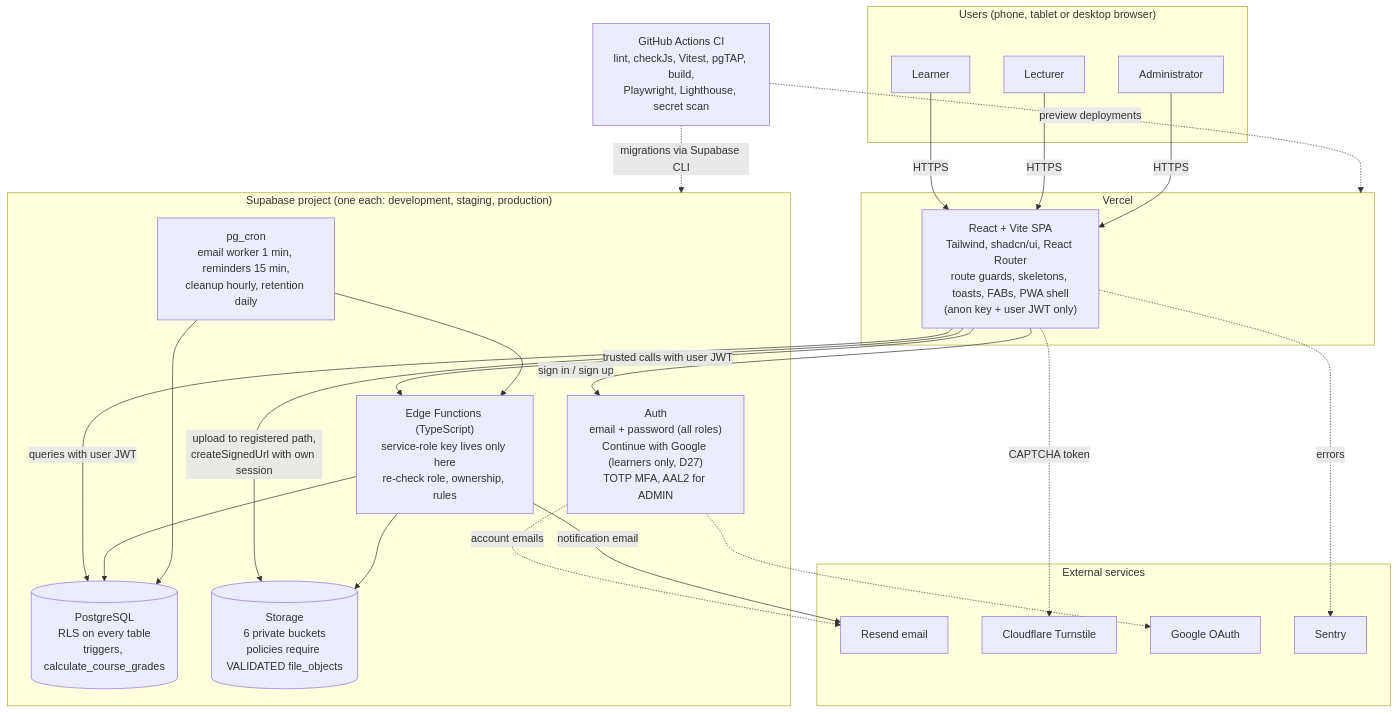
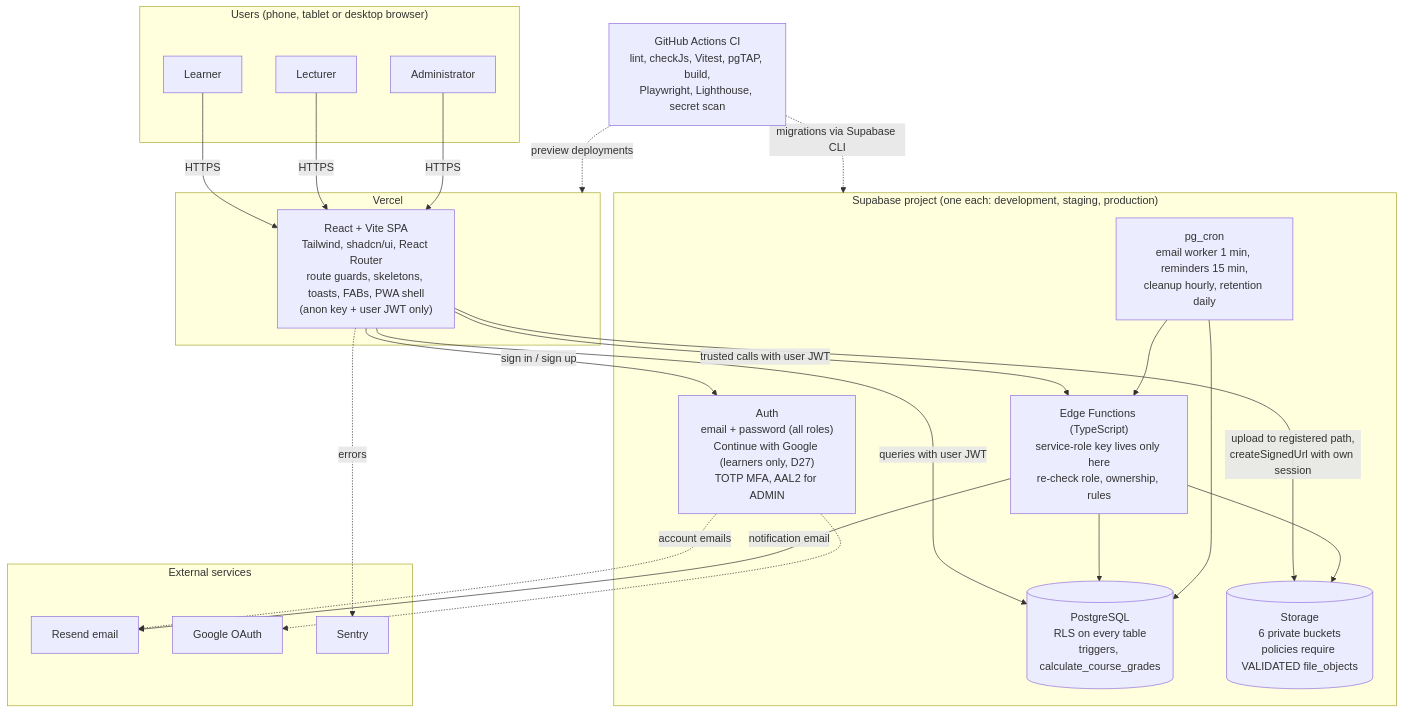
One commit to princebjr/ddtc-lms- changed the first of 2 diagrams in docs/architecture/01-system-context.md. Above: the diagram before and after it, drawn with Mermaid. The commit also changed 12 other files, not shown here.

Commit message:
feat: remove Cloudflare Turnstile CAPTCHA from sign-up, sign-in and recovery (owner change to D22, 2026-11-05); staging CAPTCHA off; rate limits remain

````diff
--- a/docs/architecture/01-system-context.md
+++ b/docs/architecture/01-system-context.md
@@ -5,46 +5,44 @@
 ```mermaid
 flowchart TB
   subgraph Users["Users (phone, tablet or desktop browser)"]
     L[Learner]
     T[Lecturer]
     A[Administrator]
   end
 
   subgraph Vercel["Vercel"]
     FE["React + Vite SPA<br/>Tailwind, shadcn/ui, React Router<br/>route guards, skeletons, toasts, FABs, PWA shell<br/>(anon key + user JWT only)"]
   end
 
   subgraph Supabase["Supabase project (one each: development, staging, production)"]
     AUTH["Auth<br/>email + password (all roles)<br/>Continue with Google (learners only, D27)<br/>TOTP MFA, AAL2 for ADMIN"]
     DB[("PostgreSQL<br/>RLS on every table<br/>triggers, calculate_course_grades")]
     ST[("Storage<br/>6 private buckets<br/>policies require VALIDATED file_objects")]
     EF["Edge Functions (TypeScript)<br/>service-role key lives only here<br/>re-check role, ownership, rules"]
     CRON["pg_cron<br/>email worker 1 min, reminders 15 min,<br/>cleanup hourly, retention daily"]
   end
 
   subgraph External["External services"]
     RS[Resend email]
-    TS[Cloudflare Turnstile]
     GG[Google OAuth]
     SN[Sentry]
   end
 
   GH["GitHub Actions CI<br/>lint, checkJs, Vitest, pgTAP, build,<br/>Playwright, Lighthouse, secret scan"]
 
   L & T & A -->|HTTPS| FE
   FE -->|sign in / sign up| AUTH
   FE -->|queries with user JWT| DB
   FE -->|upload to registered path,<br/>createSignedUrl with own session| ST
   FE -->|trusted calls with user JWT| EF
   FE -.->|errors| SN
-  FE -.->|CAPTCHA token| TS
   AUTH -.-> GG
   AUTH -.->|account emails| RS
   EF --> DB
   EF --> ST
   EF -->|notification email| RS
   CRON --> EF
   CRON --> DB
   GH -.->|preview deployments| Vercel
   GH -.->|migrations via Supabase CLI| Supabase
 ```
````
